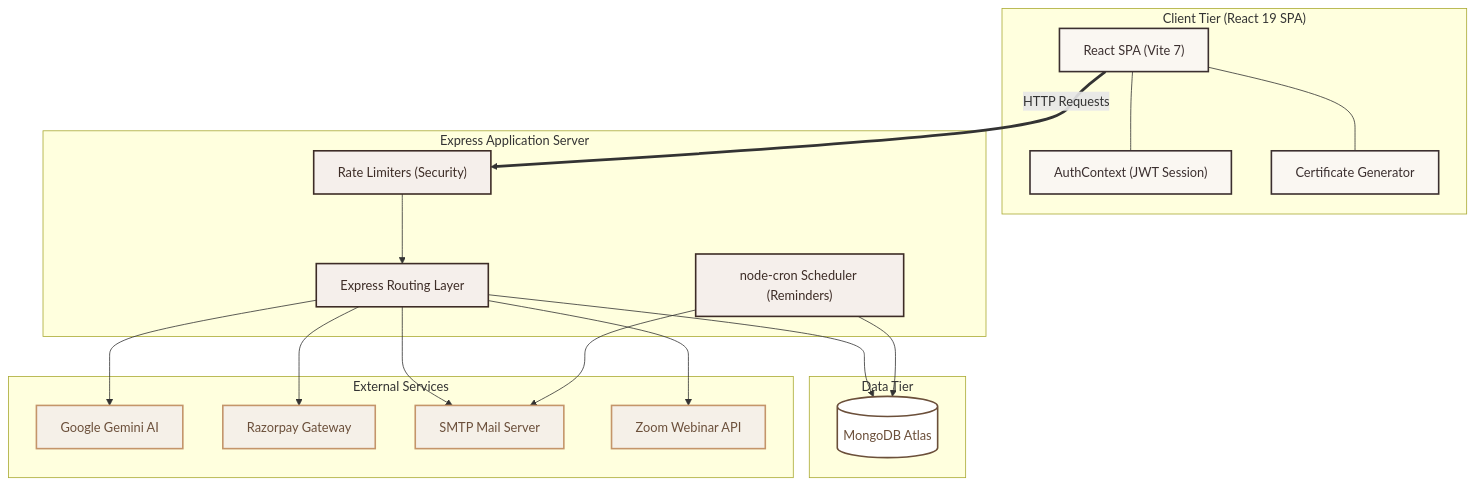
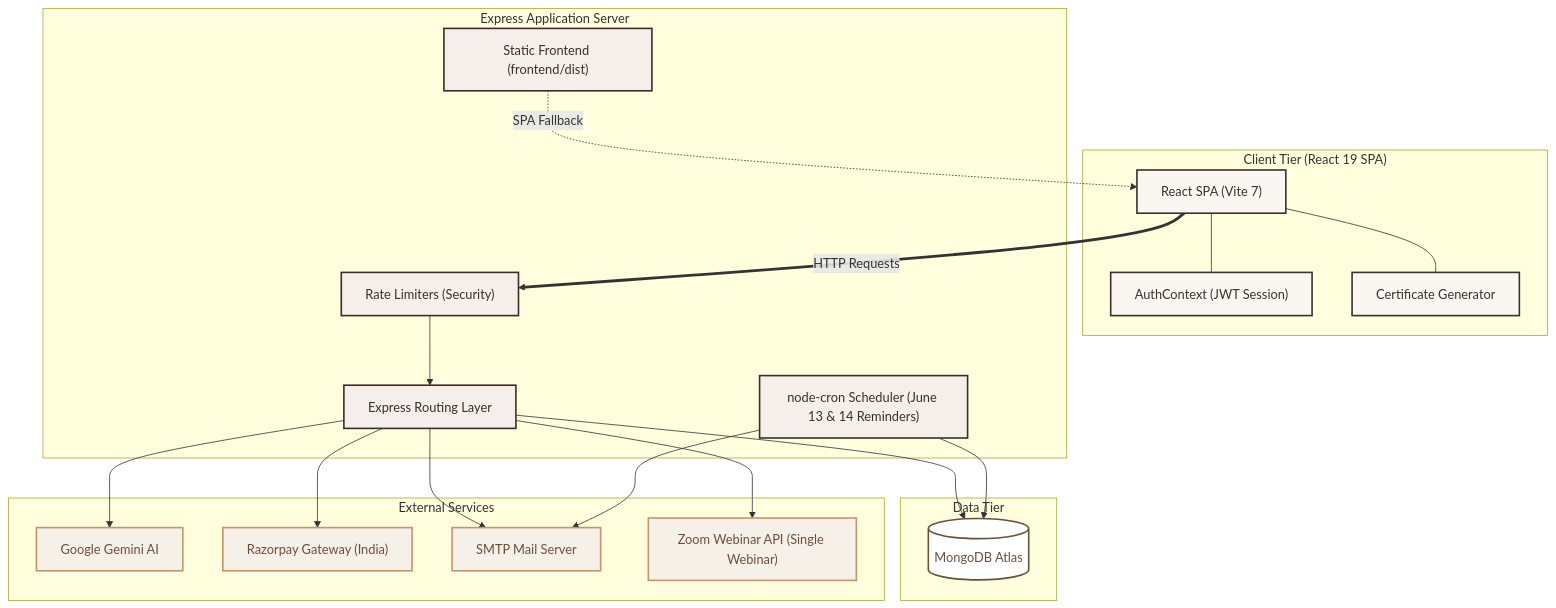
One commit to akshayaav246-collab/LeadwithAI changed the first of 3 diagrams in README.md. Above: the diagram before and after it, drawn with Mermaid. The commit also changed other lines of this file and 11 other files, not shown here.

````diff
--- a/README.md
+++ b/README.md
@@ -150,52 +158,44 @@
 ```mermaid
 graph TD
-    %% Custom Styles aligning with the Luxury Design System
     classDef client fill:#FAF7F2,stroke:#3B2F2F,stroke-width:2px,color:#3B2F2F;
     classDef backend fill:#F5EFEB,stroke:#3D2C26,stroke-width:2px,color:#3D2C26;
     classDef db fill:#FFFFFF,stroke:#6B4F3A,stroke-width:2px,color:#6B4F3A;
     classDef ext fill:#F5F0E8,stroke:#C4956A,stroke-width:2px,color:#6B4F3A;
 
-    %% 1. CLIENT TIER (Top)
     subgraph Client ["Client Tier (React 19 SPA)"]
         SPA["React SPA (Vite 7)"]:::client
         Auth["AuthContext (JWT Session)"]:::client
         Cert["Certificate Generator"]:::client
-        
         SPA --- Auth
         SPA --- Cert
     end
 
-    %% 2. BACKEND TIER (Middle)
     subgraph Server ["Express Application Server"]
         RL["Rate Limiters (Security)"]:::backend
         API["Express Routing Layer"]:::backend
-        Cron["node-cron Scheduler (Reminders)"]:::backend
-        
+        Cron["node-cron Scheduler (June 13 & 14 Reminders)"]:::backend
+        Static["Static Frontend (frontend/dist)"]:::backend
         RL --> API
     end
 
-    %% 3. DATA & INTEGRATIONS TIER (Bottom)
     subgraph Storage ["Data Tier"]
         DB[(MongoDB Atlas)]:::db
     end
 
     subgraph Integrations ["External Services"]
         Gemini["Google Gemini AI"]:::ext
-        Razorpay["Razorpay Gateway"]:::ext
+        Razorpay["Razorpay Gateway (India)"]:::ext
         SMTP["SMTP Mail Server"]:::ext
-        Zoom["Zoom Webinar API"]:::ext
+        Zoom["Zoom Webinar API (Single Webinar)"]:::ext
     end
 
-    %% TIER CONNECTIONS (Vertical, clean flows)
     SPA ==>|HTTP Requests| RL
-    
     API --> DB
     Cron --> DB
-    
     API --> Gemini
     API --> Razorpay
     API --> SMTP
     API --> Zoom
-    
     Cron --> SMTP
+    Static -.->|SPA Fallback| SPA
 ```
````
